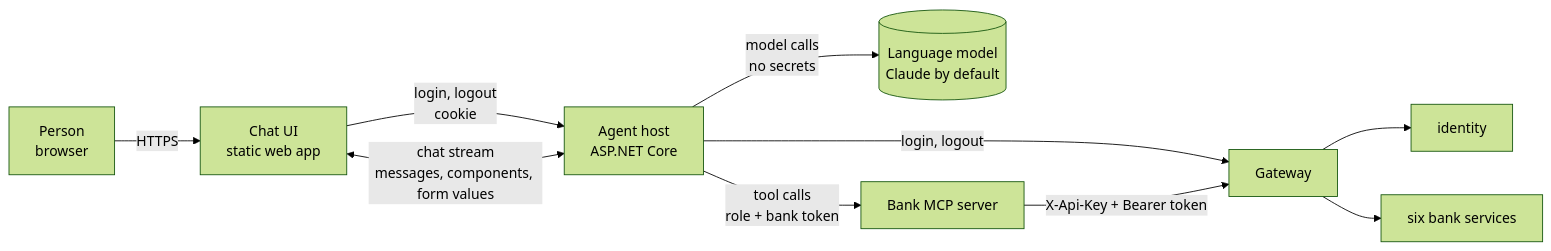
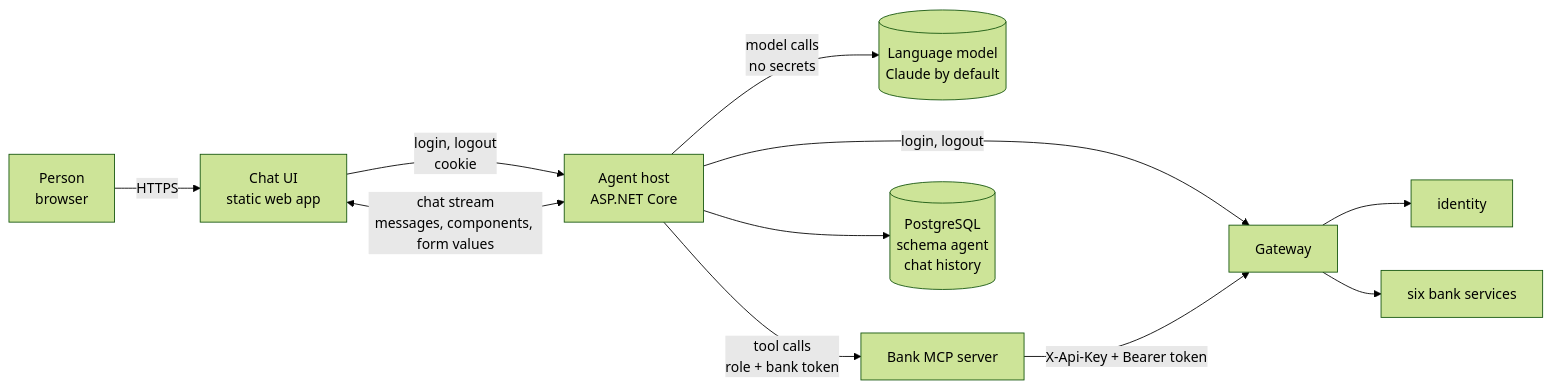
Before and after one commit to majid-sharif-soleimani/banking_demo: the first of 4 diagrams in phase2-design-plan.md, drawn with Mermaid (forest theme). The commit also changed other lines of this file, not shown here.

````diff
--- a/phase2-design-plan.md
+++ b/phase2-design-plan.md
@@ -88,12 +89,13 @@
 ```mermaid
 flowchart LR
   P[Person<br/>browser] -->|HTTPS| UI[Chat UI<br/>static web app]
   UI -->|login, logout<br/>cookie| H[Agent host<br/>ASP.NET Core]
   UI <-->|chat stream<br/>messages, components, form values| H
   H -->|model calls<br/>no secrets| M[(Language model<br/>Claude by default)]
   H -->|tool calls<br/>role + bank token| MCP[Bank MCP server]
   H -->|login, logout| GW
+  H --> DB[(PostgreSQL<br/>schema agent<br/>chat history)]
   MCP -->|X-Api-Key + Bearer token| GW[Gateway]
   GW --> ID[identity]
   GW --> S[six bank services]
 ```
````
